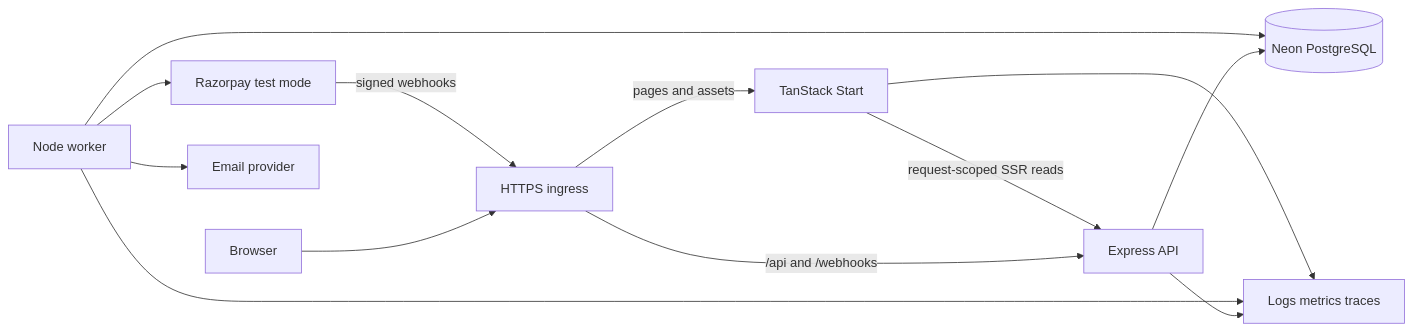
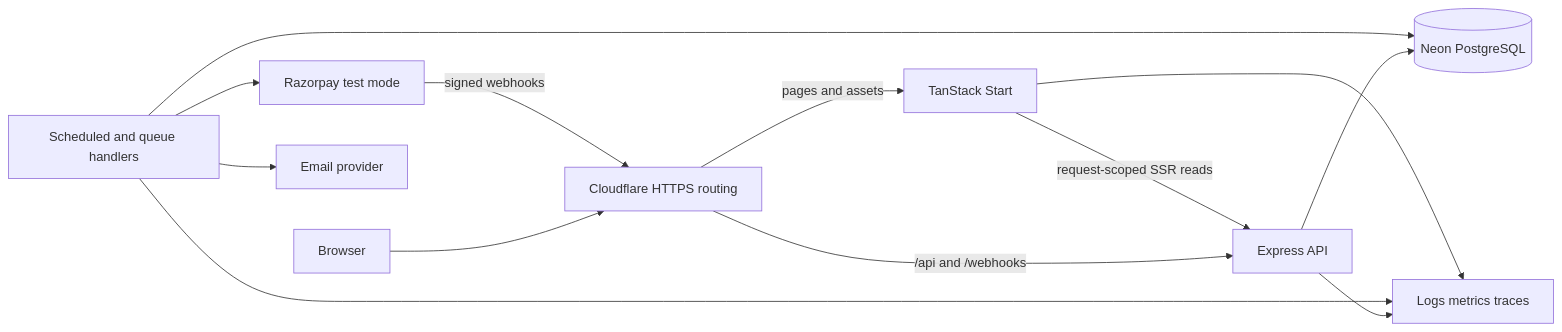
One commit to jackedengineer/quickbus changed the diagram in docs/architecture.md. Above: the diagram before and after it, drawn with Mermaid. The commit also changed other lines of this file and 3 other files, not shown here.

````diff
--- a/docs/architecture.md
+++ b/docs/architecture.md
@@ -9,15 +9,15 @@
 ```mermaid
 flowchart LR
-  browser[Browser] --> ingress[HTTPS ingress]
+  browser[Browser] --> ingress[Cloudflare HTTPS routing]
   ingress -->|pages and assets| web[TanStack Start]
   ingress -->|/api and /webhooks| api[Express API]
   web -->|request-scoped SSR reads| api
   api --> db[(Neon PostgreSQL)]
-  worker[Node worker] --> db
+  worker[Scheduled and queue handlers] --> db
   worker --> provider[Razorpay test mode]
   provider -->|signed webhooks| ingress
   worker --> email[Email provider]
   api --> telemetry[Logs metrics traces]
   worker --> telemetry
   web --> telemetry
 ```
````
